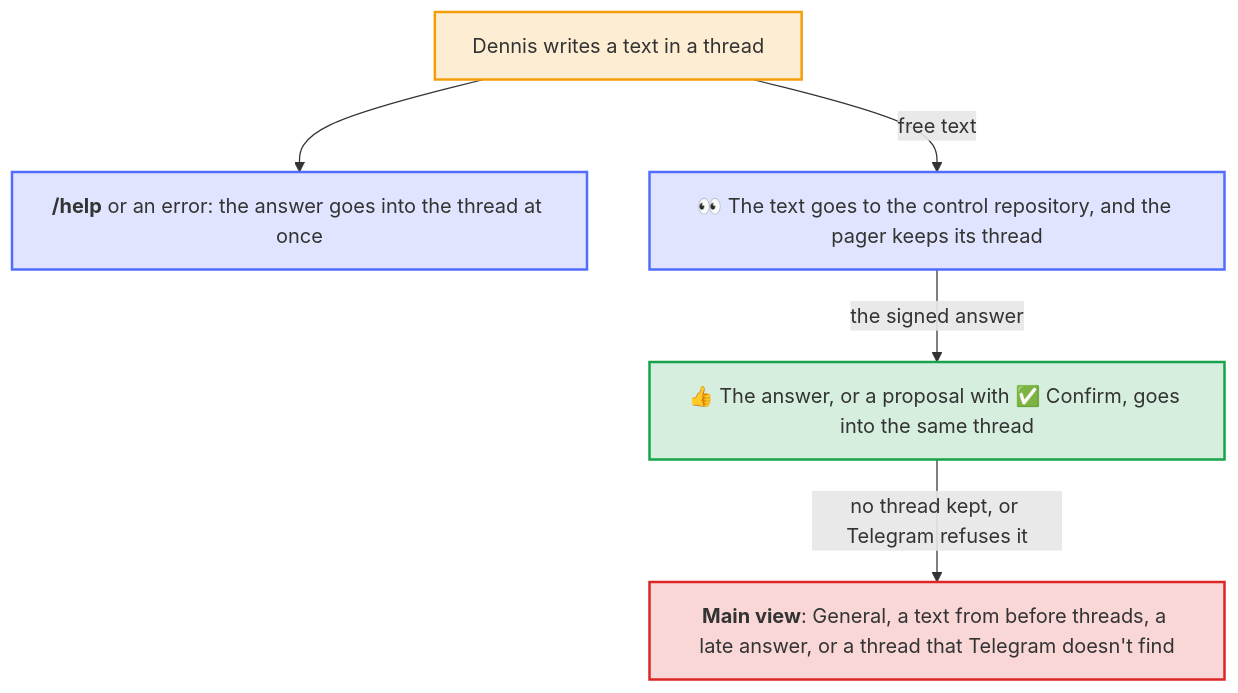
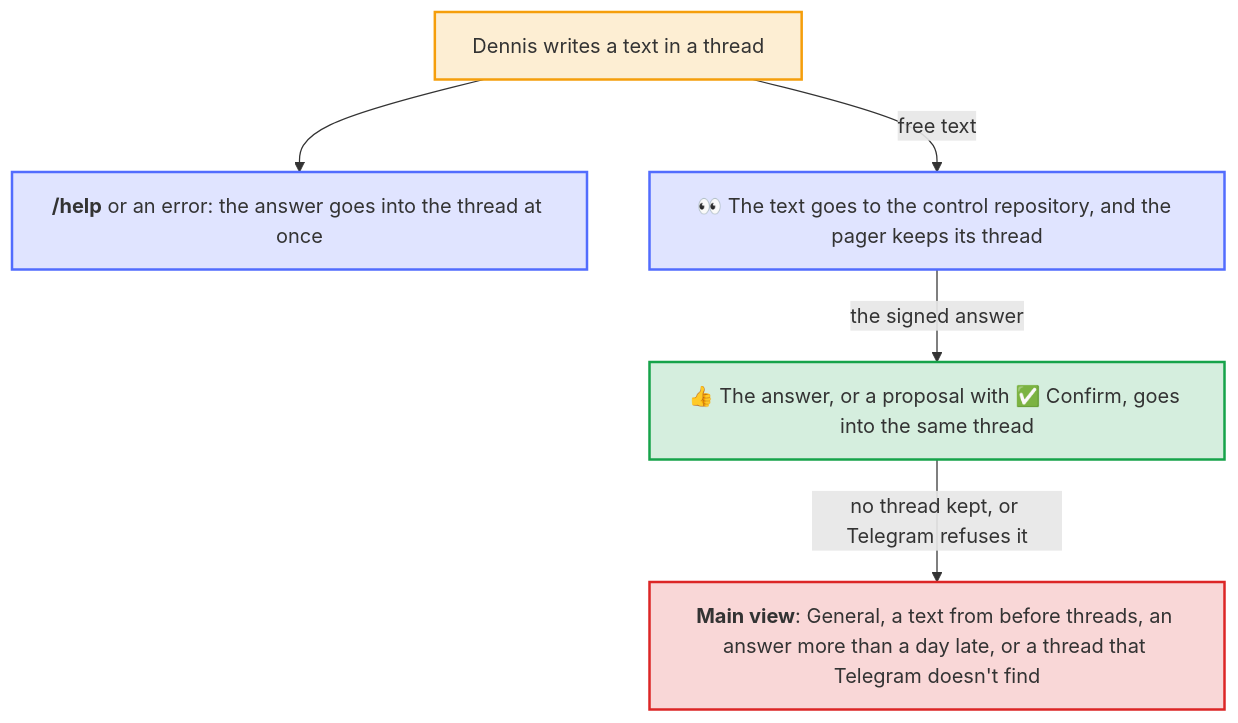
Before and after one commit to Dennis-Otto/dennis-otto-pager: the diagram in docs/diagrams/the-thread-of-an-answer.mmd, drawn with Mermaid. The commit also changed 11 other files, not shown here.

First line of the commit message:
fix: a late answer still goes into the thread of its text

```diff
--- a/docs/diagrams/the-thread-of-an-answer.mmd
+++ b/docs/diagrams/the-thread-of-an-answer.mmd
@@ -1,28 +1,28 @@
 ---
 config:
   flowchart:
     wrappingWidth: 400
 ---
 flowchart TB
     accTitle: The thread of an answer
-    accDescr: Dennis writes a text in a thread of the chat. The answer to /help or an error goes into that thread at once. Free text goes to the control repository, and the pager keeps its thread while it waits. The answer of the control repository, a note, a failure or a proposal with its Confirm button, goes into the same thread. General, a text from before threads, a late answer and a thread that Telegram doesn't find get theirs in the main view.
+    accDescr: Dennis writes a text in a thread of the chat. The answer to /help or an error goes into that thread at once. Free text goes to the control repository, and the pager keeps its thread while it waits. The answer of the control repository, a note, a failure or a proposal with its Confirm button, goes into the same thread. General, a text from before threads, an answer more than a day late and a thread that Telegram doesn't find get theirs in the main view.
 
     dennis["Dennis writes a text in a thread"]
     direct["`**/help** or an error: the answer goes into the thread at once`"]
     kept["`**👀** The text goes to the control repository, and the pager keeps its thread`"]
     answer["`**👍** The answer, or a proposal with ✅ Confirm, goes into the same thread`"]
-    main["`**Main view**: General, a text from before threads, a late answer, or a thread that Telegram doesn't find`"]
+    main["`**Main view**: General, a text from before threads, an answer more than a day late, or a thread that Telegram doesn't find`"]
 
     dennis --> direct
     dennis -- "free text" --> kept
     kept -- "the signed answer" --> answer
     answer -- "no thread kept, or Telegram refuses it" --> main
 
     classDef you fill:#f59e0b2e,stroke:#f59e0b,stroke-width:2px
     classDef bot fill:#526cfe2e,stroke:#526cfe,stroke-width:2px
     classDef done fill:#16a34a2e,stroke:#16a34a,stroke-width:2px
     classDef warn fill:#dc26262e,stroke:#dc2626,stroke-width:2px
     class dennis you
     class kept,direct bot
     class answer done
     class main warn
```
